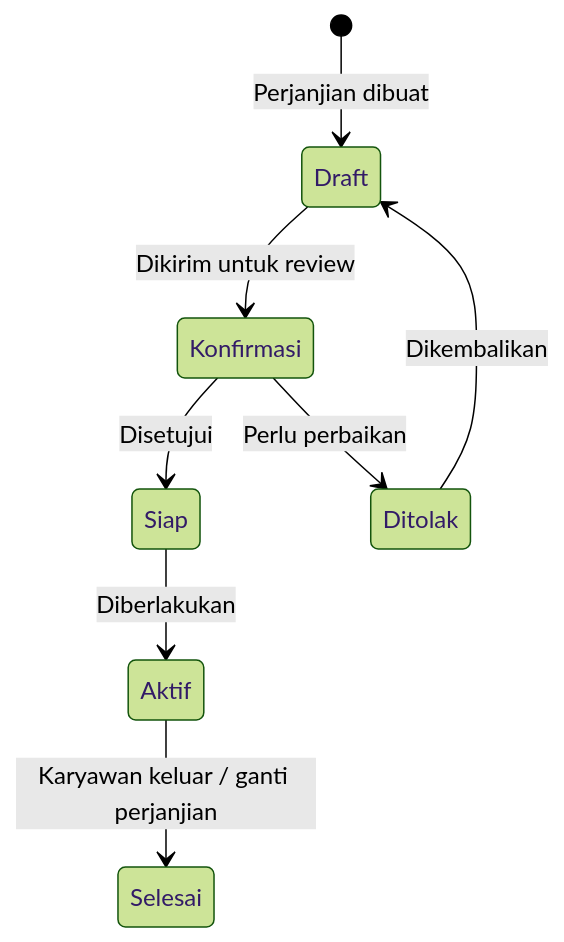
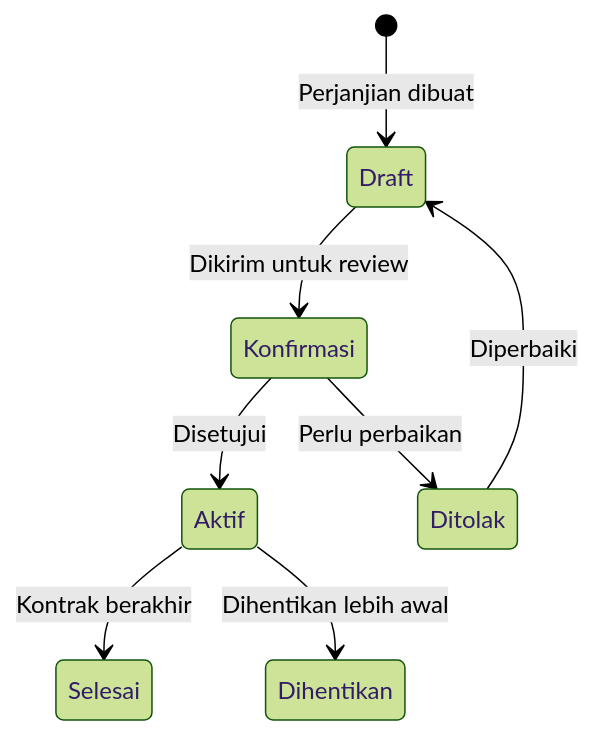
Before and after one commit to andhit-r/outsourcing-implementaton-doc: the second of 4 diagrams in docs/konsep/alur-bisnis.md, drawn with Mermaid (forest theme). The commit also changed other lines of this file and 6 other files, not shown here.

````diff
--- a/docs/konsep/alur-bisnis.md
+++ b/docs/konsep/alur-bisnis.md
@@ -97,10 +70,10 @@
 ```mermaid
 stateDiagram-v2
     [*] --> Draft: Perjanjian dibuat
     Draft --> Konfirmasi: Dikirim untuk review
-    Konfirmasi --> Siap: Disetujui
-    Siap --> Aktif: Diberlakukan
-    Aktif --> Selesai: Karyawan keluar / ganti perjanjian
+    Konfirmasi --> Aktif: Disetujui
+    Aktif --> Selesai: Kontrak berakhir
     Konfirmasi --> Ditolak: Perlu perbaikan
-    Ditolak --> Draft: Dikembalikan
+    Ditolak --> Draft: Diperbaiki
+    Aktif --> Dihentikan: Dihentikan lebih awal
 ```
````
